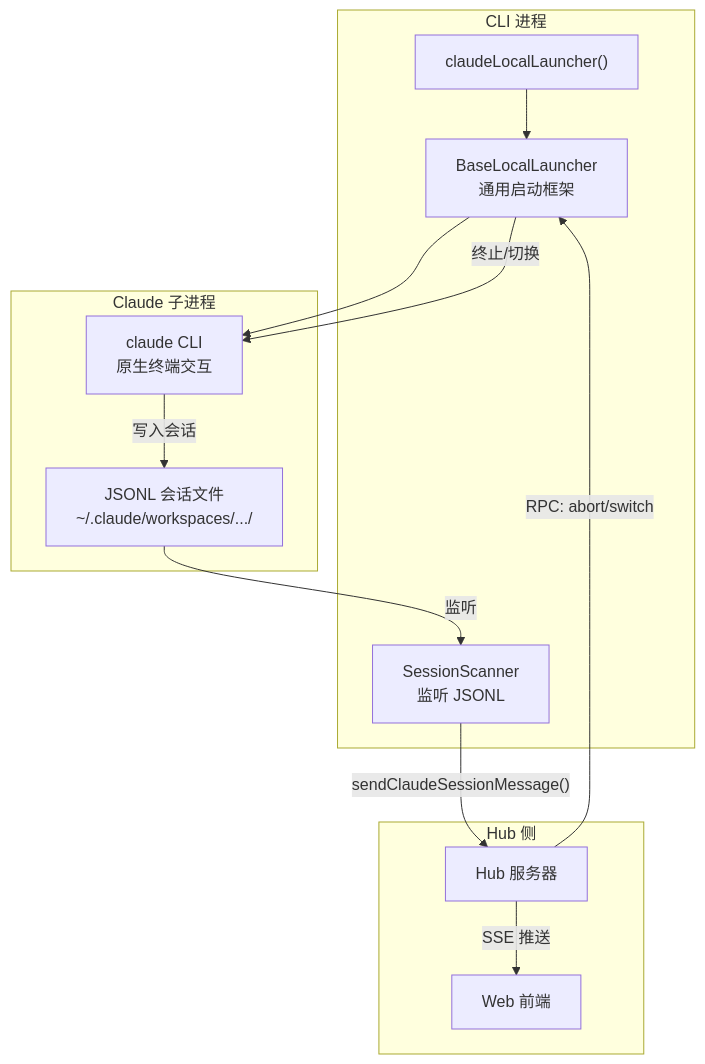
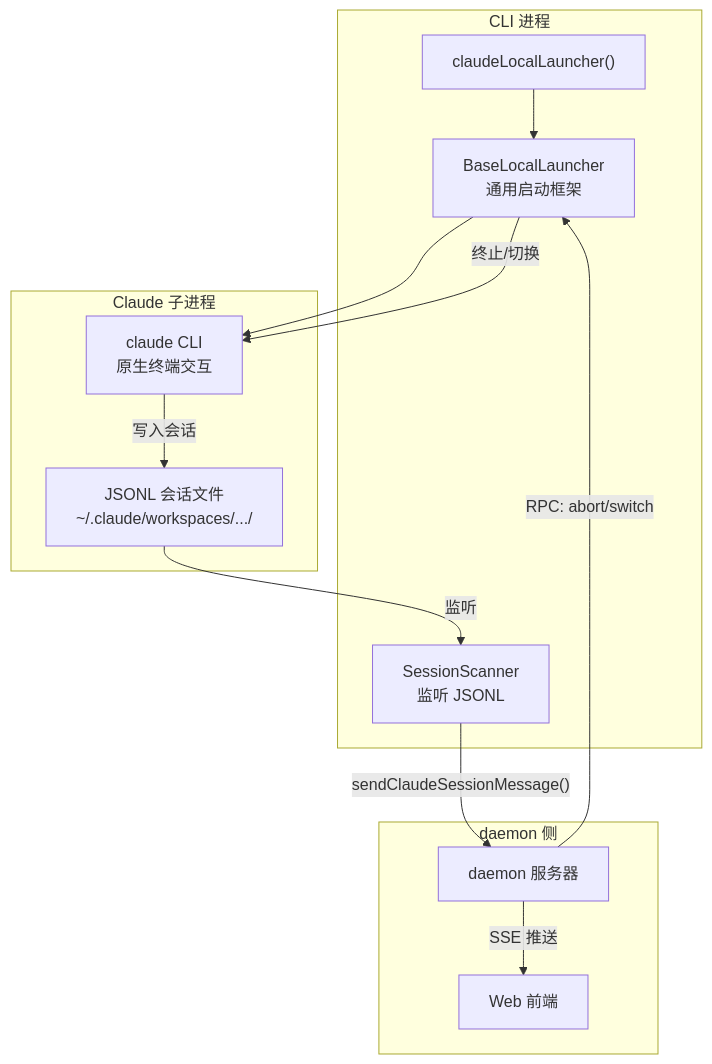
The first of 5 diagrams in docs/architecture/cli/commands/claude/local-mode.md (ModuBit/mobi), drawn with Mermaid before and after one commit. The commit also changed other lines of this file and 86 other files, not shown here.

````diff
--- a/docs/architecture/cli/commands/claude/local-mode.md
+++ b/docs/architecture/cli/commands/claude/local-mode.md
@@ -9,28 +9,28 @@
 ```mermaid
 flowchart TB
     subgraph CLI["CLI 进程"]
         Launcher["claudeLocalLauncher()"]
         Scanner["SessionScanner<br/>监听 JSONL"]
         BaseLauncher["BaseLocalLauncher<br/>通用启动框架"]
     end
 
     subgraph ClaudeProcess["Claude 子进程"]
         Claude["claude CLI<br/>原生终端交互"]
         JSONL["JSONL 会话文件<br/>~/.claude/workspaces/.../"]
     end
 
-    subgraph HubSide["Hub 侧"]
-        Hub["Hub 服务器"]
+    subgraph DaemonSide["daemon 侧"]
+        daemon["daemon 服务器"]
         Web["Web 前端"]
     end
 
     Launcher --> BaseLauncher
     BaseLauncher --> Claude
     Claude -->|"写入会话"| JSONL
     JSONL -->|"监听"| Scanner
-    Scanner -->|"sendClaudeSessionMessage()"| Hub
-    Hub -->|"SSE 推送"| Web
+    Scanner -->|"sendClaudeSessionMessage()"| daemon
+    daemon -->|"SSE 推送"| Web
 
-    Hub -->|"RPC: abort/switch"| BaseLauncher
+    daemon -->|"RPC: abort/switch"| BaseLauncher
     BaseLauncher -->|"终止/切换"| Claude
 ```
````
